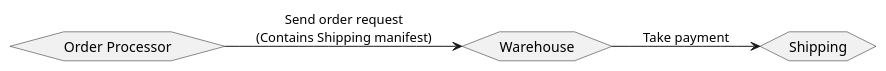
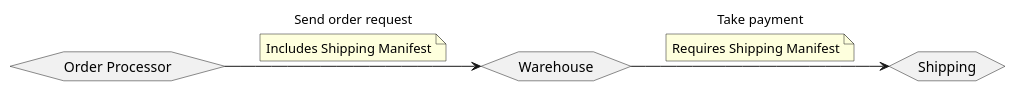
The fifth of 11 diagrams in BuildingMicroservices2nd/02.adoc (grierson/books), drawn with PlantUML before and after one commit. The commit also changed other lines of this file, not shown here.

Commit message:
Add add notes on pass-through

```diff
--- a/BuildingMicroservices2nd/02.adoc
+++ b/BuildingMicroservices2nd/02.adoc
@@ -98,13 +98,19 @@
 [plantuml]
 ----
 @startuml
 left to right direction
 
 hexagon Order as "Order Processor"
 hexagon Warehouse
 hexagon Shipping
 
-Order --> Warehouse : Send order request\n(Contains Shipping manifest)
+Order --> Warehouse : Send order request
+note on link
+    Includes Shipping Manifest
+end note
 Warehouse --> Shipping : Take payment
+note on link
+    Requires Shipping Manifest
+end note
 @enduml
 ----
```
